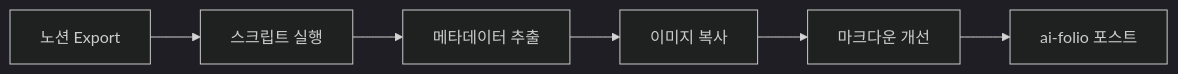
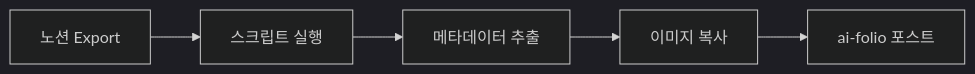
Before and after one commit to unknown-nlp/unknown-nlp.github.io: the second of 2 diagrams in scripts/README.md, drawn with Mermaid (dark theme). The commit also changed other lines of this file and 1 other file, not shown here.

````diff
--- a/scripts/README.md
+++ b/scripts/README.md
@@ -51,8 +72,7 @@
 ```mermaid
 graph LR
     A[노션 Export] --> B[스크립트 실행]
     B --> C[메타데이터 추출]
     C --> D[이미지 복사]
-    D --> E[마크다운 개선]
-    E --> F[ai-folio 포스트]
+    D --> E[ai-folio 포스트]
 ```
````
